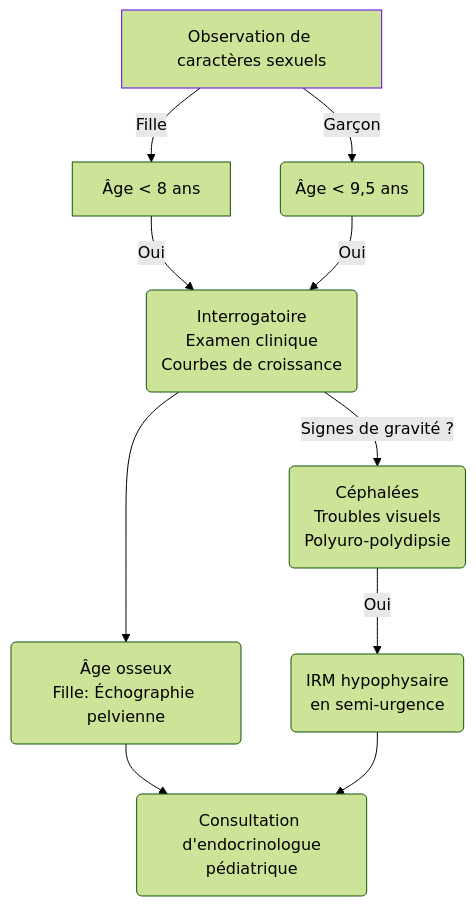
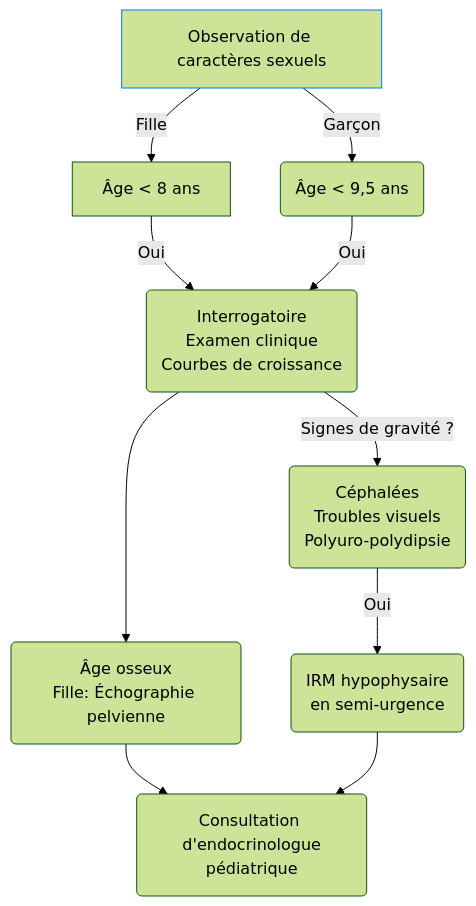
The diagram in content/recommandations/puberte-precoce.md (djibe/recommandations-medicales), drawn with Mermaid (forest theme) before and after one commit. The commit also changed 30 other files, not shown here.

```diff
--- a/content/recommandations/puberte-precoce.md
+++ b/content/recommandations/puberte-precoce.md
@@ -194,13 +194,13 @@
 {{< mermaid >}}
 graph TB
   pp["Observation de caractères sexuels"] -- Fille --> fille["Âge #lt; 8 ans"]
-  style pp stroke:#6200ee, stroke-width:1px
+  style pp stroke:#0077ff, stroke-width:1px
     pp -- "Garçon" --> garcon("Âge #lt; 9,5 ans")
       fille -- Oui --> examen("Interrogatoire<br>Examen clinique<br>Courbes de croissance")
       garcon -- Oui --> examen
         examen --> bilan("Âge osseux<br>Fille: Échographie pelvienne")
           bilan --> specialiste("Consultation d'endocrinologue<br>pédiatrique")
         examen -- Signes de gravité ? --> gravite("Céphalées<br>Troubles visuels<br>Polyuro-polydipsie")
           gravite -- Oui -->  IRM("IRM hypophysaire<br>en semi-urgence")
             IRM --> specialiste
 {{< /mermaid >}}
```
